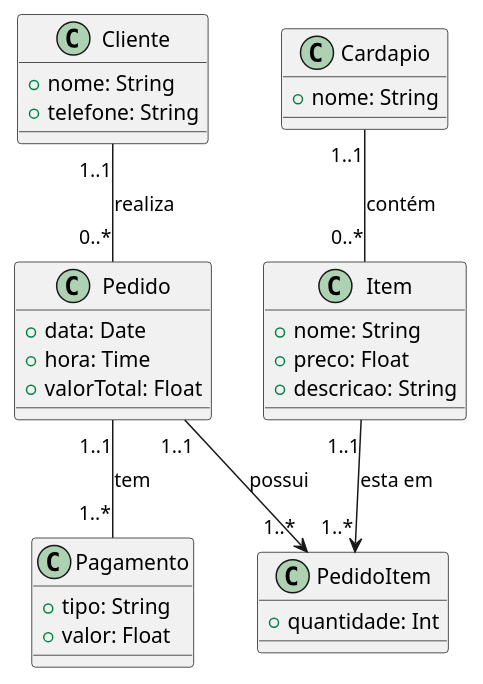
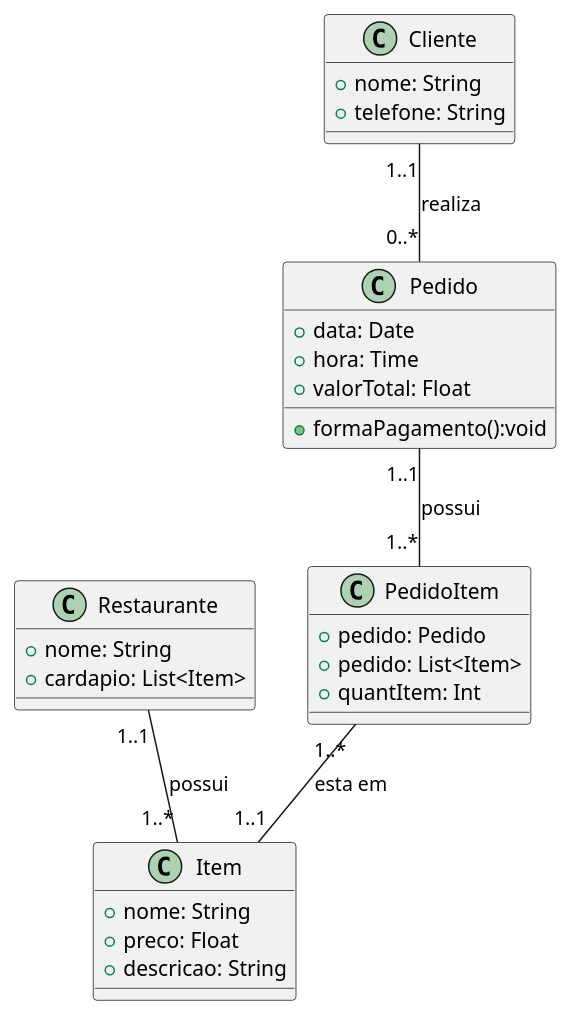
Before and after one commit to kaylannesantos/ifpi: the diagram in analise_projeto_sistemas-2024.2/exercicio8/pedidosRestaurante.puml, drawn with PlantUML. The commit also changed 2 other files, not shown here.

```diff
--- a/analise_projeto_sistemas-2024.2/exercicio8/pedidosRestaurante.puml
+++ b/analise_projeto_sistemas-2024.2/exercicio8/pedidosRestaurante.puml
@@ -1,38 +1,45 @@
 @startuml DC - Pedidos de Restaurante
+
+class Restaurante {
+    +nome: String
+    +cardapio: List<Item>
+}
 
 class Item {
     +nome: String
     +preco: Float
     +descricao: String
 }
 
+/'
 class Cardapio {
     +nome: String
 }
+'/
 
 class PedidoItem {
-    +quantidade: Int
+    +pedido: Pedido
+    +pedido: List<Item>
+    +quantItem: Int
 }
 
 class Pedido {
     +data: Date
     +hora: Time
     +valorTotal: Float
-}
-
-class Pagamento {
-    +tipo: String
-    +valor: Float
+    +formaPagamento():void
 }
 
 class Cliente {
     +nome: String
     +telefone: String
 }
 
-Cardapio "1..1" -- "0..*" Item : contém
-Pedido "1..1" --> "1..*" PedidoItem : possui
-Item "1..1" --> "1..*" PedidoItem : esta em
+Restaurante "1..1" -- "1..*" Item : possui
+'Restaurante "1..1" -- "1..*" Cardapio : possui
+'Cardapio "1..1" -- "0..*" Item : contém
+Pedido "1..1" -- "1..*" PedidoItem : possui
+PedidoItem "1..*" -- "1..1" Item : esta em
 Cliente "1..1" -- "0..*" Pedido : realiza
-Pedido "1..1" -- "1..*" Pagamento : tem
+'Pedido "1..1" -- "1..*" Pagamento : tem
 @enduml
```
